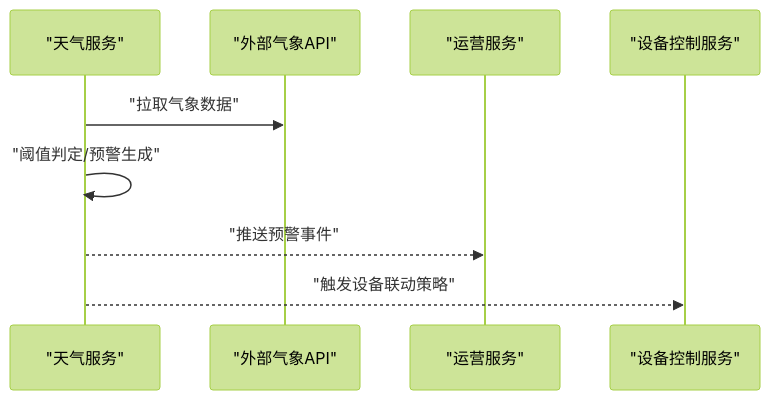
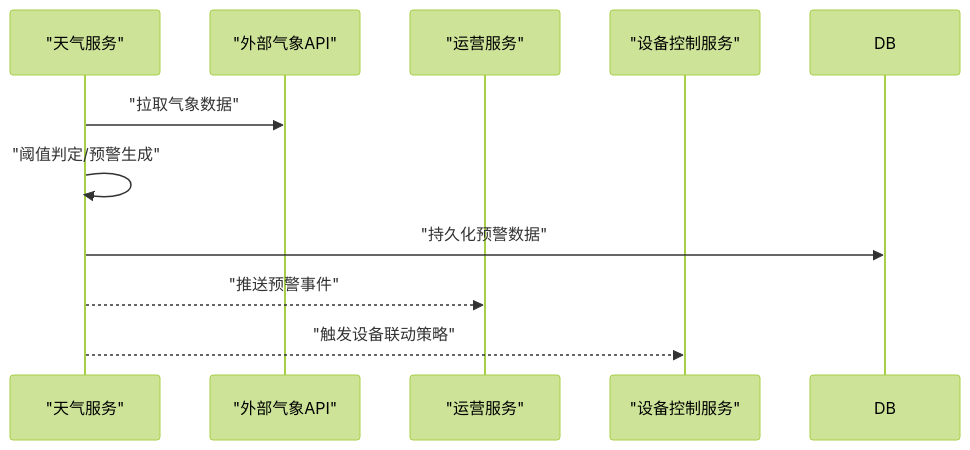
Diagram 13 of 15 in .qoder/repowiki/zh/content/核心服务文档/其他业务服务.md (q446328246/agri-platform), drawn with Mermaid (forest theme) before and after one commit. The commit also changed other lines of this file and 40 other files, not shown here.

````diff
--- a/.qoder/repowiki/zh/content/核心服务文档/其他业务服务.md
+++ b/.qoder/repowiki/zh/content/核心服务文档/其他业务服务.md
@@ -368,11 +441,12 @@
 ```mermaid
 sequenceDiagram
 participant WTH as "天气服务"
 participant EXT as "外部气象API"
 participant OPS as "运营服务"
 participant CS as "设备控制服务"
 WTH->>EXT : "拉取气象数据"
 WTH->>WTH : "阈值判定/预警生成"
+WTH->>DB : "持久化预警数据"
 WTH-->>OPS : "推送预警事件"
 WTH-->>CS : "触发设备联动策略"
 ```
````
